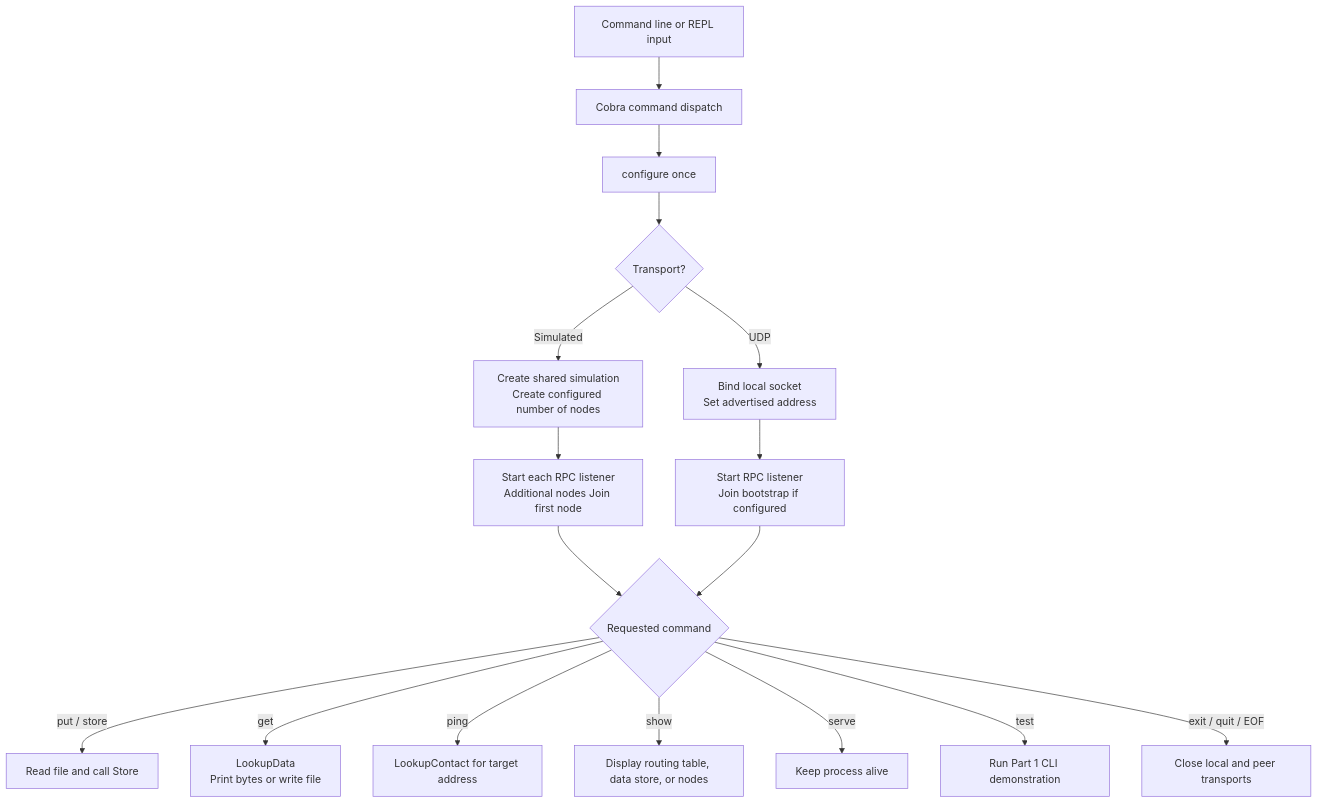
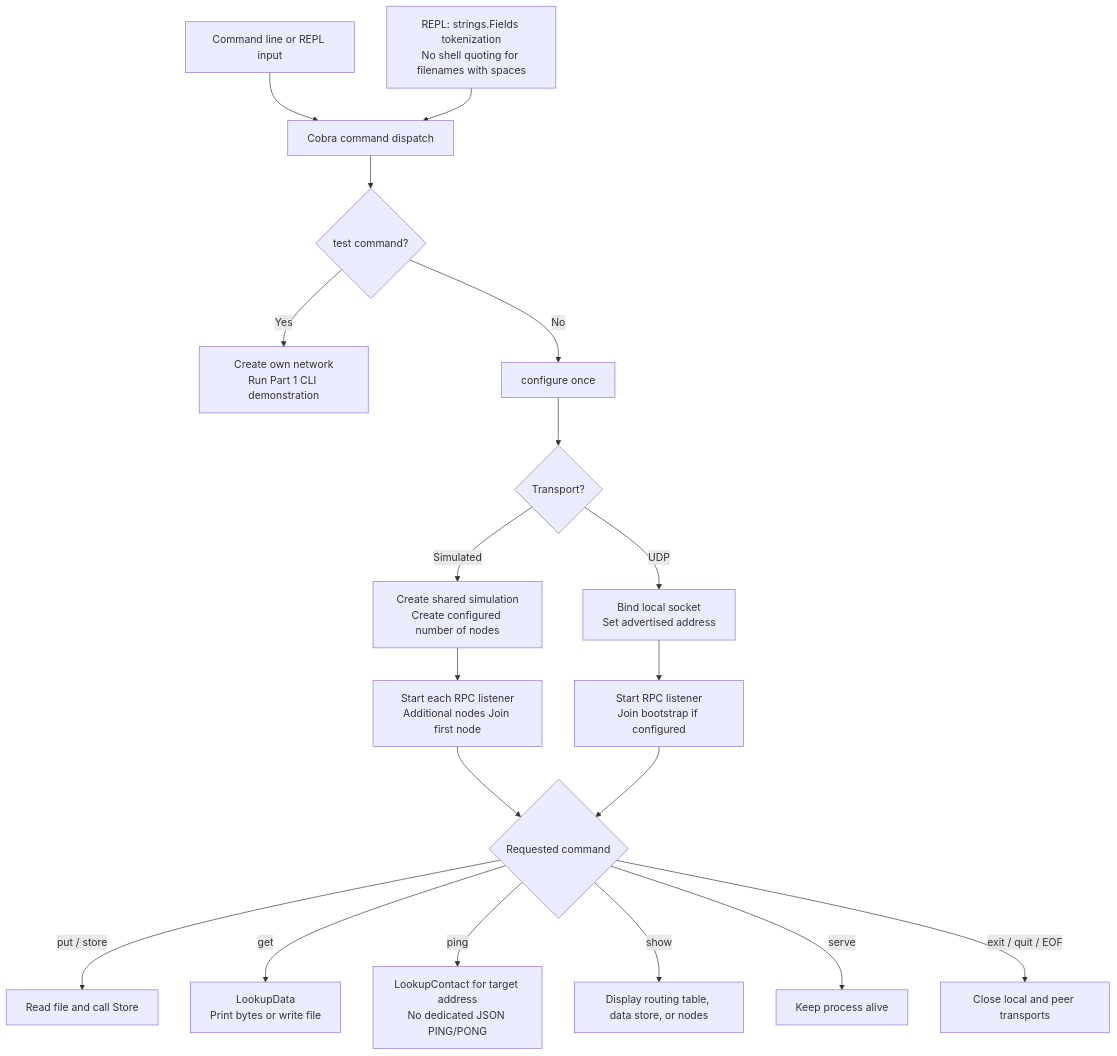
Before and after one commit to mohraj-0/Mobil-and-distributed-D7024E: diagram 15 of 17 in labs/ARCHITECTURE.md, drawn with Mermaid. The commit also changed other lines of this file, not shown here.

````diff
--- a/labs/ARCHITECTURE.md
+++ b/labs/ARCHITECTURE.md
@@ -353,19 +401,21 @@
 ```mermaid
 flowchart TD
     USER["Command line or REPL input"] --> COBRA["Cobra command dispatch"]
-    COBRA --> CONFIG["configure once"]
+    REPL["REPL: strings.Fields tokenization<br/>No shell quoting for filenames with spaces"] --> COBRA
+    COBRA --> DEMO{"test command?"}
+    DEMO -->|Yes| TEST["Create own network<br/>Run Part 1 CLI demonstration"]
+    DEMO -->|No| CONFIG["configure once"]
     CONFIG --> KIND{"Transport?"}
     KIND -->|Simulated| SIM["Create shared simulation<br/>Create configured number of nodes"]
     SIM --> START["Start each RPC listener<br/>Additional nodes Join first node"]
     KIND -->|UDP| UDP["Bind local socket<br/>Set advertised address"]
     UDP --> BOOT["Start RPC listener<br/>Join bootstrap if configured"]
     START --> COMMAND{"Requested command"}
     BOOT --> COMMAND
     COMMAND -->|put / store| PUT["Read file and call Store"]
     COMMAND -->|get| GET["LookupData<br/>Print bytes or write file"]
-    COMMAND -->|ping| PING["LookupContact for target address"]
+    COMMAND -->|ping| PING["LookupContact for target address<br/>No dedicated JSON PING/PONG"]
     COMMAND -->|show| SHOW["Display routing table, data store, or nodes"]
     COMMAND -->|serve| SERVE["Keep process alive"]
-    COMMAND -->|test| TEST["Run Part 1 CLI demonstration"]
     COMMAND -->|exit / quit / EOF| CLOSE["Close local and peer transports"]
 ```
````
